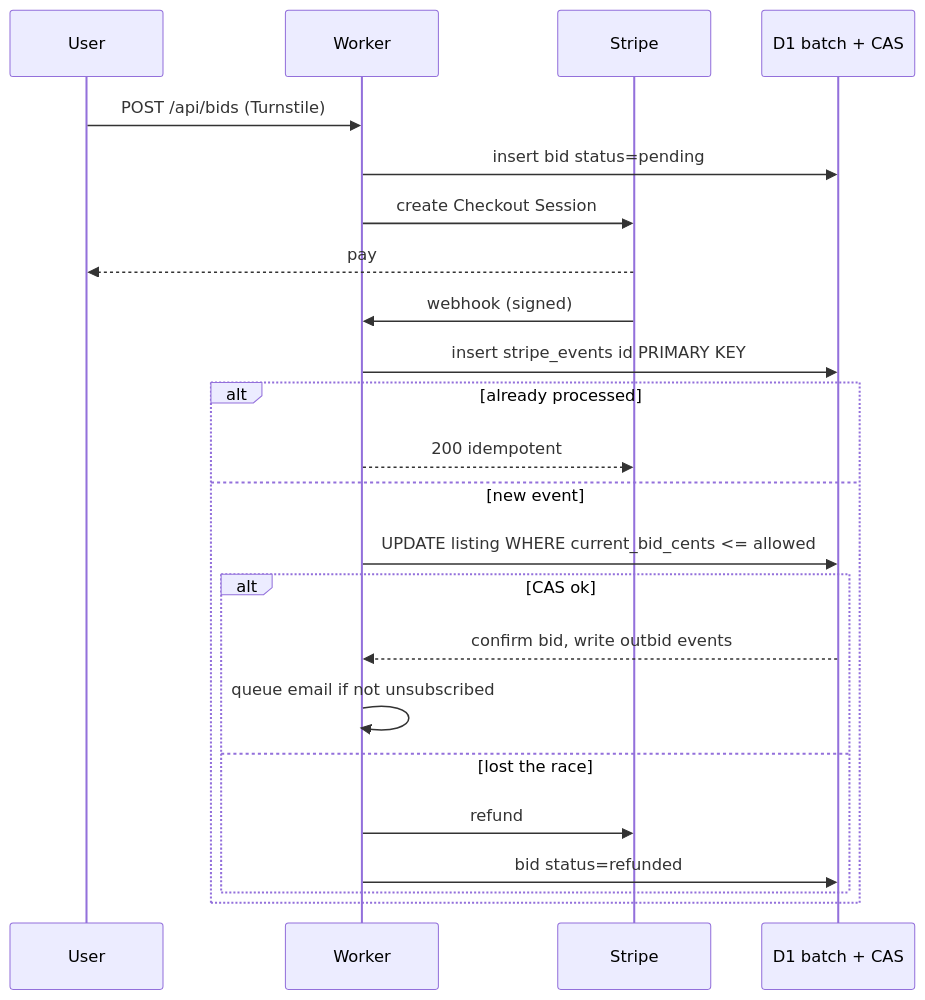
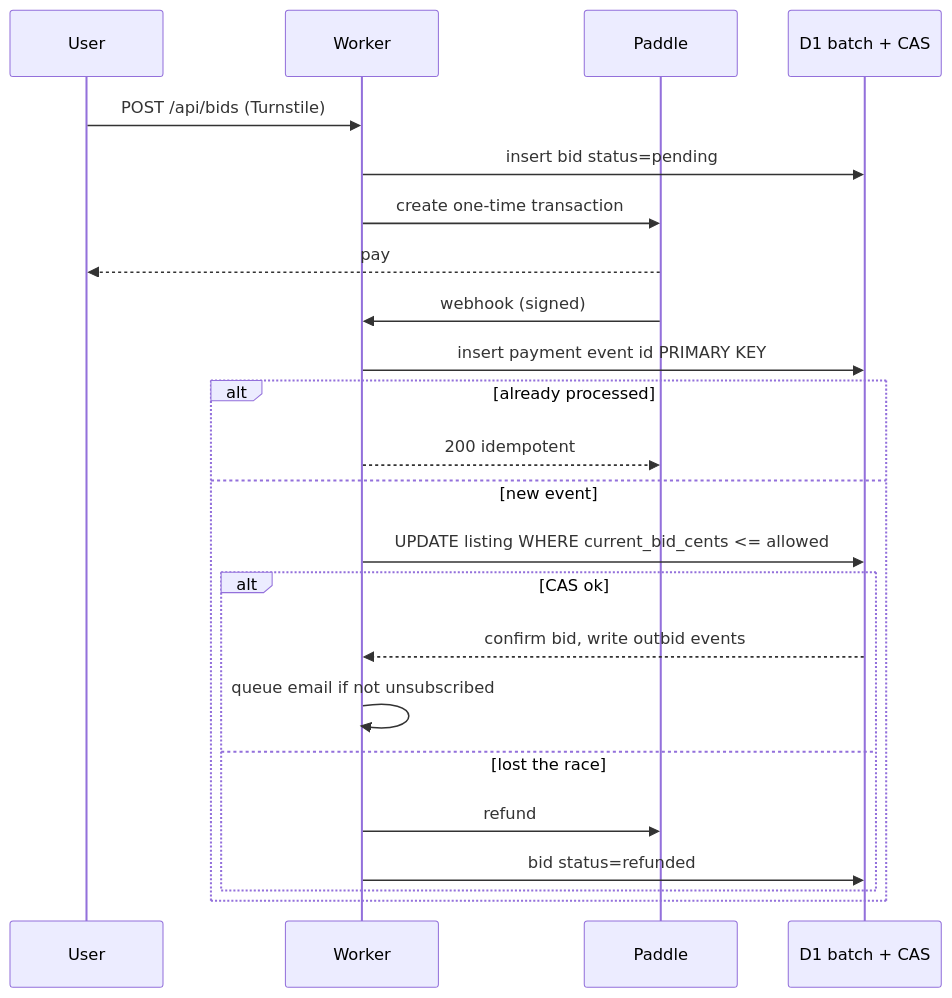
The second of 2 diagrams in ARCHITECTURE.md (travisrr/hireme-lol), drawn with Mermaid before and after one commit. The commit also changed other lines of this file and 28 other files, not shown here.

````diff
--- a/ARCHITECTURE.md
+++ b/ARCHITECTURE.md
@@ -85,26 +85,26 @@
 ```mermaid
 sequenceDiagram
   participant U as User
   participant W as Worker
-  participant S as Stripe
+  participant S as Paddle
   participant D as D1 batch + CAS
 
   U->>W: POST /api/bids (Turnstile)
   W->>D: insert bid status=pending
-  W->>S: create Checkout Session
+  W->>S: create one-time transaction
   S-->>U: pay
   S->>W: webhook (signed)
-  W->>D: insert stripe_events id PRIMARY KEY
+  W->>D: insert payment event id PRIMARY KEY
   alt already processed
     W-->>S: 200 idempotent
   else new event
     W->>D: UPDATE listing WHERE current_bid_cents <= allowed
     alt CAS ok
       D-->>W: confirm bid, write outbid events
       W->>W: queue email if not unsubscribed
     else lost the race
       W->>S: refund
       W->>D: bid status=refunded
     end
   end
 ```
````
